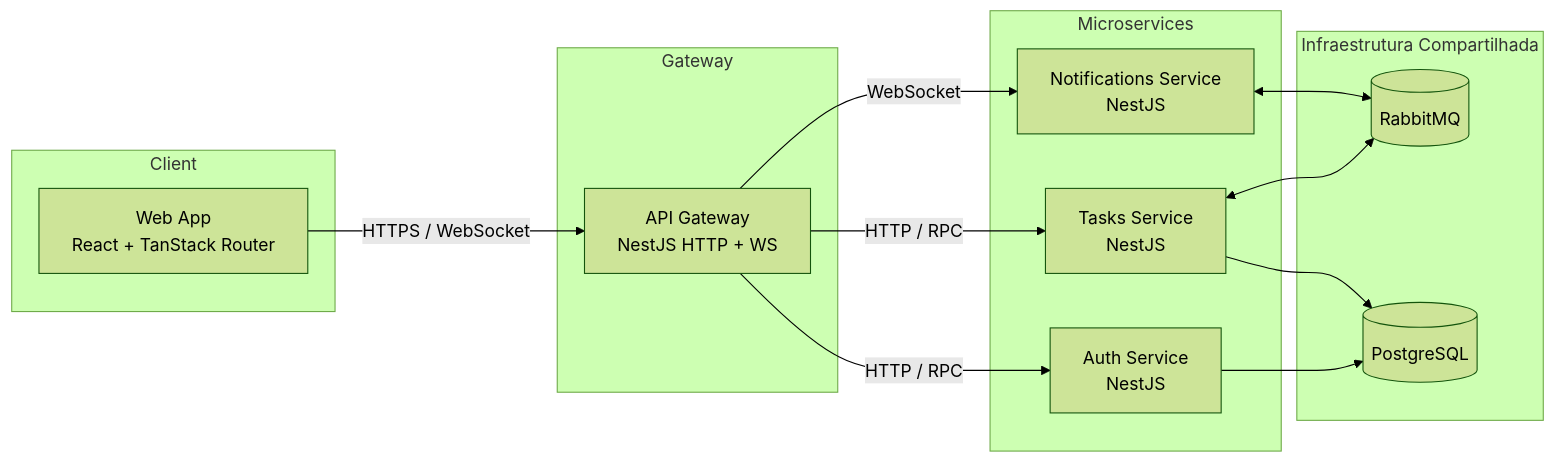
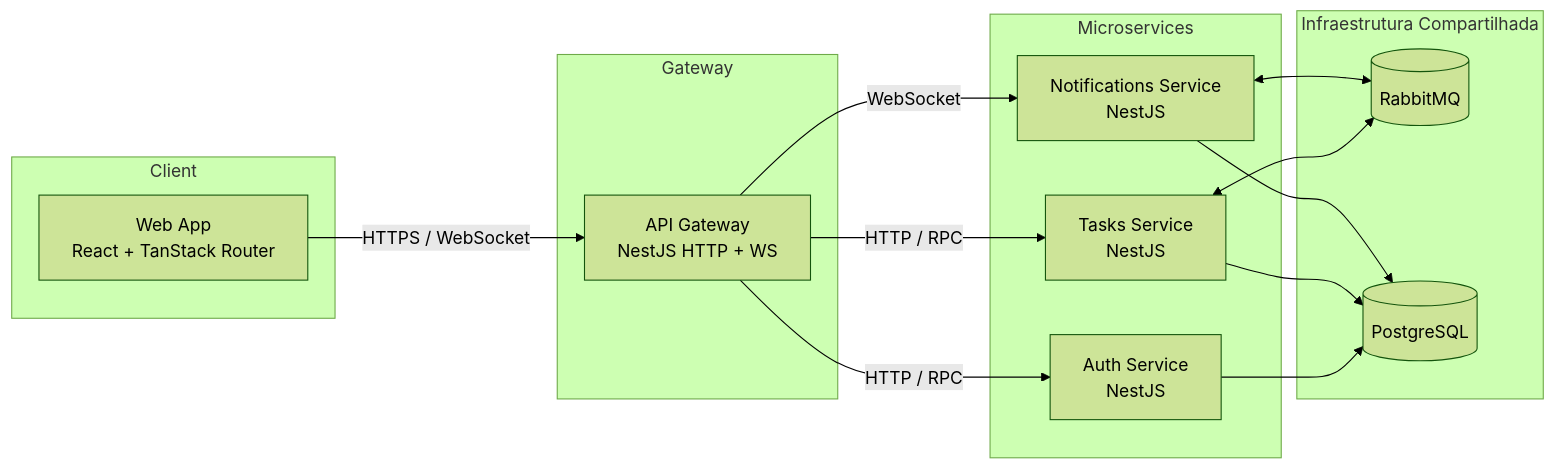
The diagram in README.md (DevSolto/JungleGaming-desfio), drawn with Mermaid before and after one commit. The commit also changed other lines of this file and 1 other file, not shown here.

````diff
--- a/README.md
+++ b/README.md
@@ -35,32 +34,33 @@
 ```mermaid
 %%{init: {"theme": "forest"}}%%
 flowchart LR
     subgraph Client
         web[Web App\nReact + TanStack Router]
     end
 
     subgraph Edge[Gateway]
         apiGateway[API Gateway\nNestJS HTTP + WS]
     end
 
     subgraph Services[Microservices]
         authService[Auth Service\nNestJS]
         tasksService[Tasks Service\nNestJS]
         notificationsService[Notifications Service\nNestJS]
     end
 
     subgraph Infra[Infraestrutura Compartilhada]
         rabbitmq[(RabbitMQ)]
         postgres[(PostgreSQL)]
     end
 
     web -->|HTTPS / WebSocket| apiGateway
     apiGateway -->|HTTP / RPC| authService
     apiGateway -->|HTTP / RPC| tasksService
     apiGateway -->|WebSocket| notificationsService
 
     tasksService <--> rabbitmq
     notificationsService <--> rabbitmq
     authService --> postgres
     tasksService --> postgres
+    notificationsService --> postgres
 ```
````
